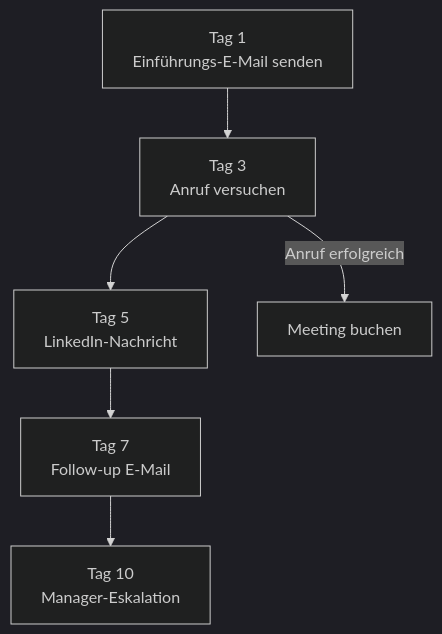
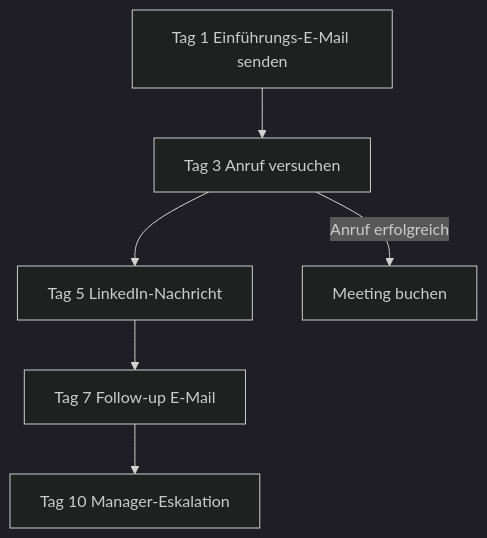
One commit to SoniiiT/notes-n-docs changed the third of 4 diagrams in Microsoft 365/Dynamics 365/Dynamics 365 Sales.md. Above: the diagram before and after it, drawn with Mermaid (dark theme). The commit also changed other lines of this file and 124 other files, not shown here.

First line of the commit message:
fix: Entferne \n aus allen Mermaid-Diagrammen (125 Dateien)

````diff
--- a/Microsoft 365/Dynamics 365/Dynamics 365 Sales.md
+++ b/Microsoft 365/Dynamics 365/Dynamics 365 Sales.md
@@ -100,8 +100,8 @@
 ```mermaid
 graph TD
-    S1[Tag 1\nEinführungs-E-Mail senden] --> S2[Tag 3\nAnruf versuchen]
-    S2 --> S3[Tag 5\nLinkedIn-Nachricht]
-    S3 --> S4[Tag 7\nFollow-up E-Mail]
-    S4 --> S5[Tag 10\nManager-Eskalation]
+    S1[Tag 1 Einführungs-E-Mail senden] --> S2[Tag 3 Anruf versuchen]
+    S2 --> S3[Tag 5 LinkedIn-Nachricht]
+    S3 --> S4[Tag 7 Follow-up E-Mail]
+    S4 --> S5[Tag 10 Manager-Eskalation]
     S2 -->|Anruf erfolgreich| S6[Meeting buchen]
 ```
````
